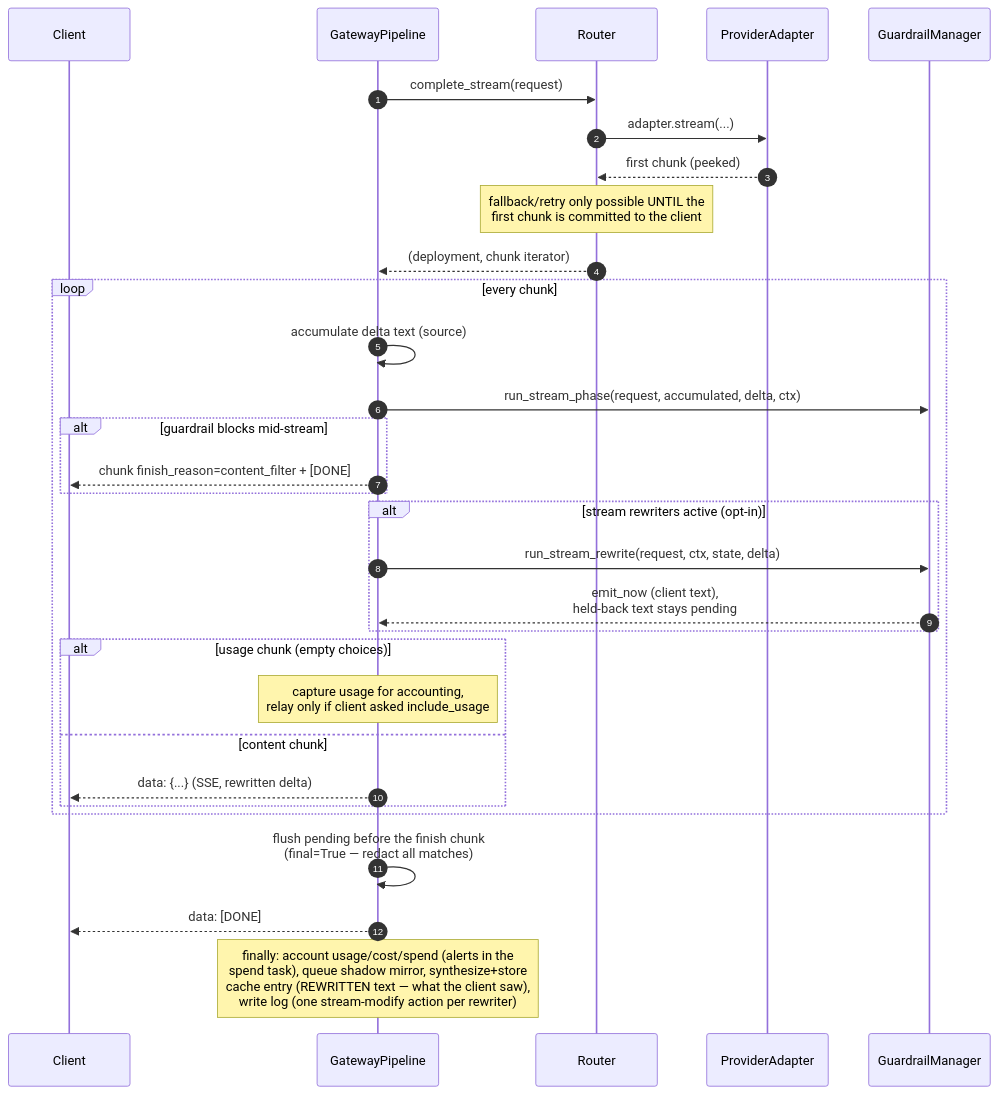
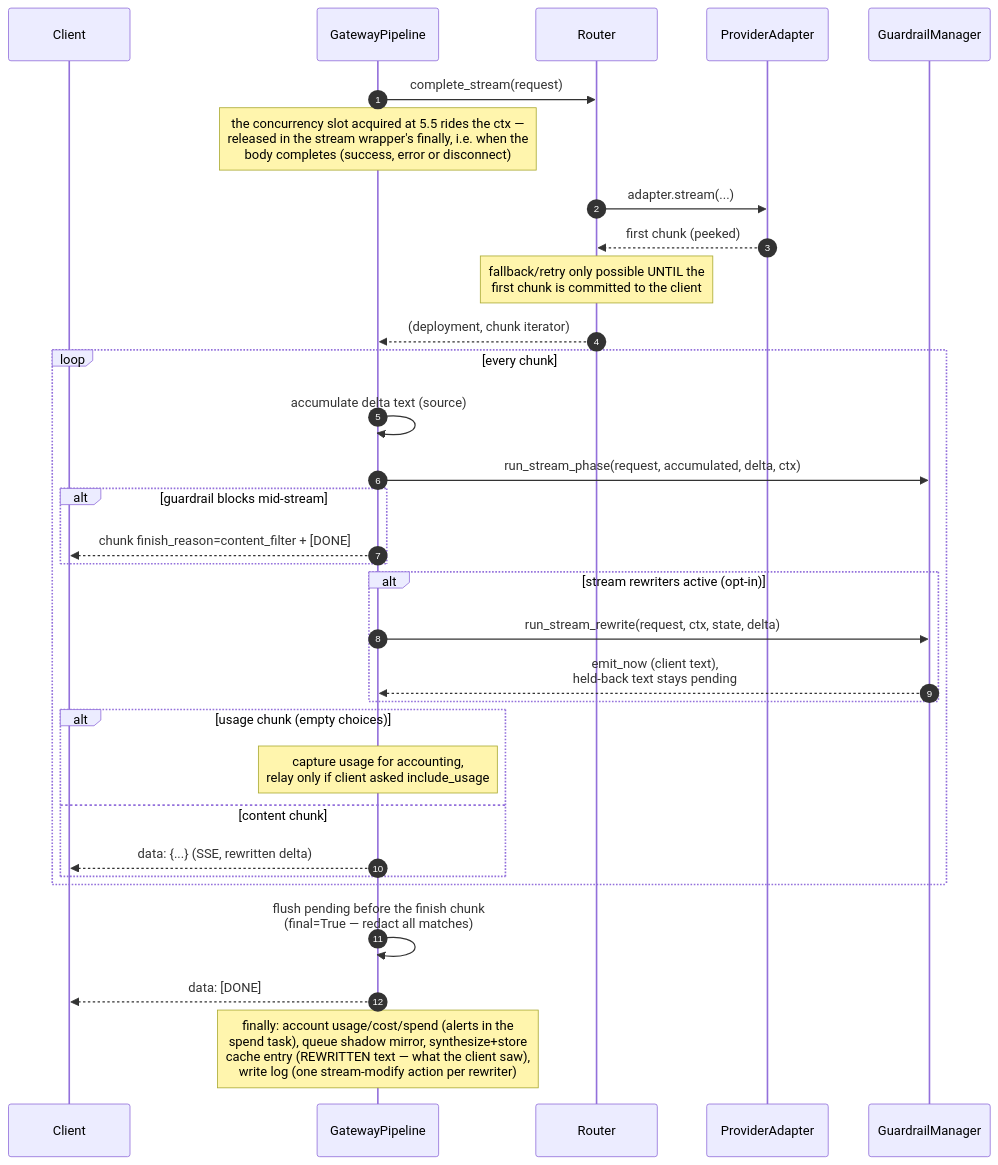
The sixth of 9 diagrams in ARCHITECTURE.md (hinadome/llm_gateway), drawn with Mermaid before and after one commit. The commit also changed other lines of this file and 18 other files, not shown here.

````diff
--- a/ARCHITECTURE.md
+++ b/ARCHITECTURE.md
@@ -1134,35 +1181,36 @@
 ```mermaid
 sequenceDiagram
     autonumber
     participant C as Client
     participant P as GatewayPipeline
     participant R as Router
     participant PR as ProviderAdapter
     participant G as GuardrailManager
 
     P->>R: complete_stream(request)
+    Note over P: the concurrency slot acquired at 5.5 rides the ctx —<br/>released in the stream wrapper's finally, i.e. when the<br/>body completes (success, error or disconnect)
     R->>PR: adapter.stream(...)
     PR-->>R: first chunk (peeked)
     Note over R: fallback/retry only possible UNTIL the<br/>first chunk is committed to the client
     R-->>P: (deployment, chunk iterator)
 
     loop every chunk
         P->>P: accumulate delta text (source)
         P->>G: run_stream_phase(request, accumulated, delta, ctx)
         alt guardrail blocks mid-stream
             P-->>C: chunk finish_reason=content_filter + [DONE]
         end
         alt stream rewriters active (opt-in)
             P->>G: run_stream_rewrite(request, ctx, state, delta)
             G-->>P: emit_now (client text),<br/>held-back text stays pending
         end
         alt usage chunk (empty choices)
             Note over P: capture usage for accounting,<br/>relay only if client asked include_usage
         else content chunk
             P-->>C: data: {...}  (SSE, rewritten delta)
         end
     end
     P->>P: flush pending before the finish chunk<br/>(final=True — redact all matches)
     P-->>C: data: [DONE]
     Note over P: finally: account usage/cost/spend (alerts in the<br/>spend task), queue shadow mirror, synthesize+store<br/>cache entry (REWRITTEN text — what the client saw),<br/>write log (one stream-modify action per rewriter)
 ```
````
